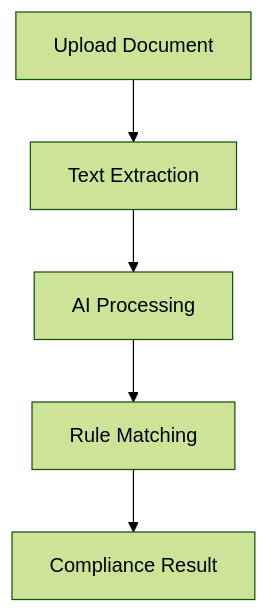
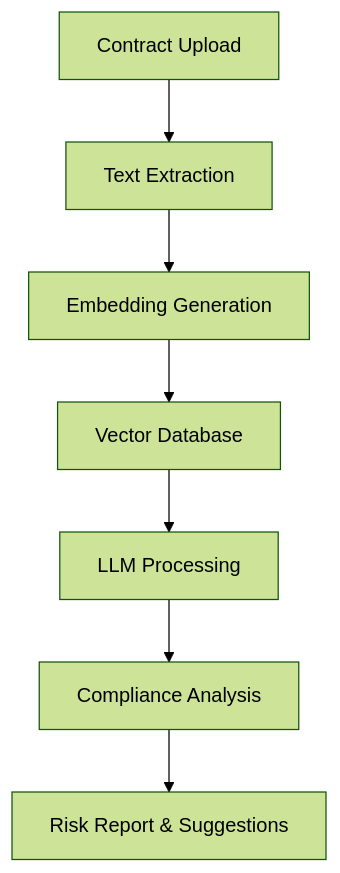
One commit to ruchikakengal/AI-Regulatory-Compilance-Checker changed the diagram in README.md. Above: the diagram before and after it, drawn with Mermaid (forest theme). The commit also changed other lines of this file, not shown here.

````diff
--- a/README.md
+++ b/README.md
@@ -60,8 +48,9 @@
 ```mermaid
 graph TD;
-A[Upload Document] --> B[Text Extraction]
-B --> C[AI Processing]
-C --> D[Rule Matching]
-D --> E[Compliance Result]
-
+A[Contract Upload] --> B[Text Extraction]
+B --> C[Embedding Generation]
+C --> D[Vector Database]
+D --> E[LLM Processing]
+E --> F[Compliance Analysis]
+F --> G[Risk Report & Suggestions]
 ```
````
